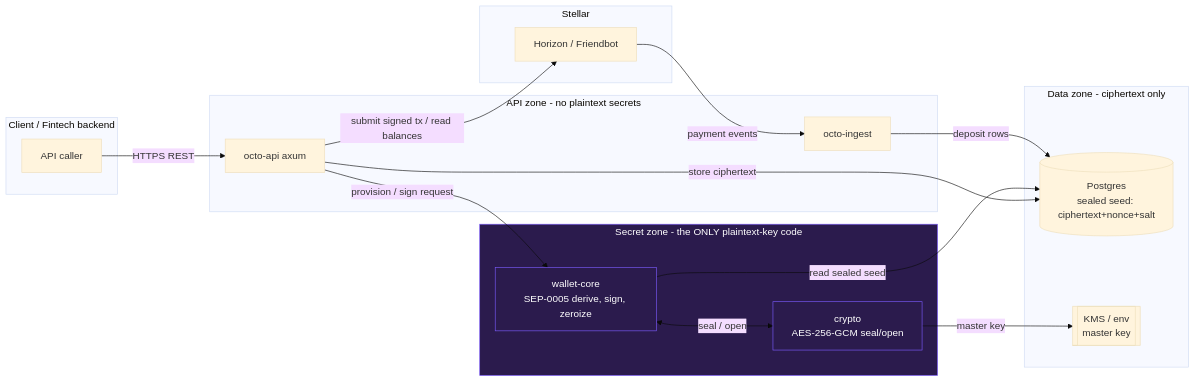
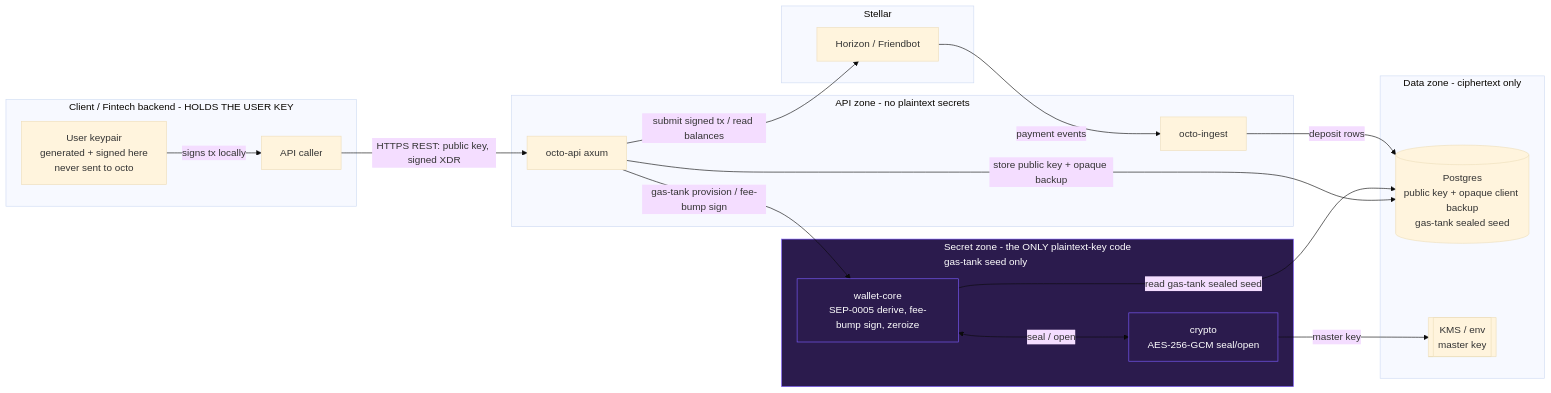
One commit to Octo-Protocol-org/Octo-Protocol changed the first of 2 diagrams in README.md. Above: the diagram before and after it, drawn with Mermaid (base theme). The commit also changed other lines of this file and 4 other files, not shown here.

````diff
--- a/README.md
+++ b/README.md
@@ -105,38 +124,40 @@
 ```mermaid
 flowchart LR
-    subgraph client[Client / Fintech backend]
+    subgraph client[Client / Fintech backend - HOLDS THE USER KEY]
         C[API caller]
+        CK[User keypair<br/>generated + signed here<br/>never sent to octo]
     end
 
     subgraph api[API zone - no plaintext secrets]
         A[octo-api axum]
         I[octo-ingest]
     end
 
-    subgraph secret[Secret zone - the ONLY plaintext-key code]
-        WC[wallet-core<br/>SEP-0005 derive, sign, zeroize]
+    subgraph secret[Secret zone - the ONLY plaintext-key code<br/>gas-tank seed only]
+        WC[wallet-core<br/>SEP-0005 derive, fee-bump sign, zeroize]
         CR[crypto<br/>AES-256-GCM seal/open]
     end
 
     subgraph data[Data zone - ciphertext only]
-        DB[(Postgres<br/>sealed seed: ciphertext+nonce+salt)]
+        DB[(Postgres<br/>public key + opaque client backup<br/>gas-tank sealed seed)]
         KMS[[KMS / env<br/>master key]]
     end
 
     subgraph chain[Stellar]
         H[Horizon / Friendbot]
     end
 
-    C -->|HTTPS REST| A
-    A -->|"provision / sign request"| WC
+    CK -->|signs tx locally| C
+    C -->|HTTPS REST: public key, signed XDR| A
+    A -->|"gas-tank provision / fee-bump sign"| WC
     WC <-->|seal / open| CR
     CR -->|master key| KMS
-    A -->|store ciphertext| DB
-    WC -->|read sealed seed| DB
+    A -->|store public key + opaque backup| DB
+    WC -->|read gas-tank sealed seed| DB
     A -->|submit signed tx / read balances| H
     H -->|payment events| I
     I -->|deposit rows| DB
 
     classDef secretzone fill:#2b1b4d,stroke:#7C5CFF,color:#fff;
     class secret,WC,CR secretzone;
 ```
````
